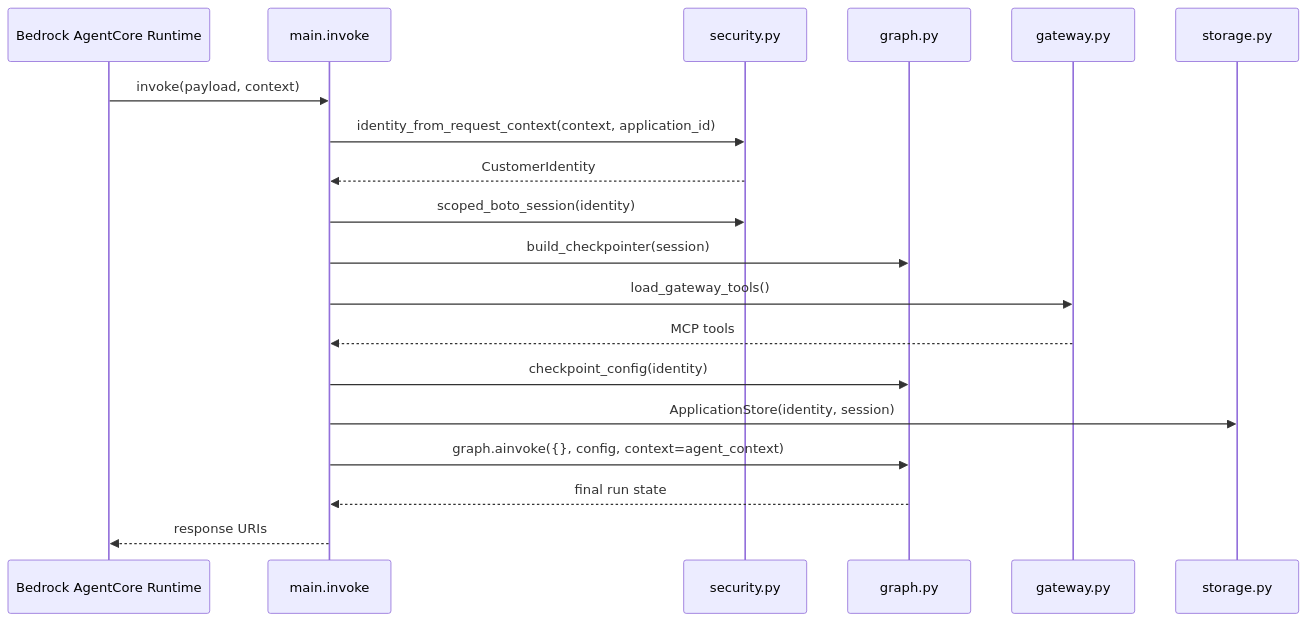
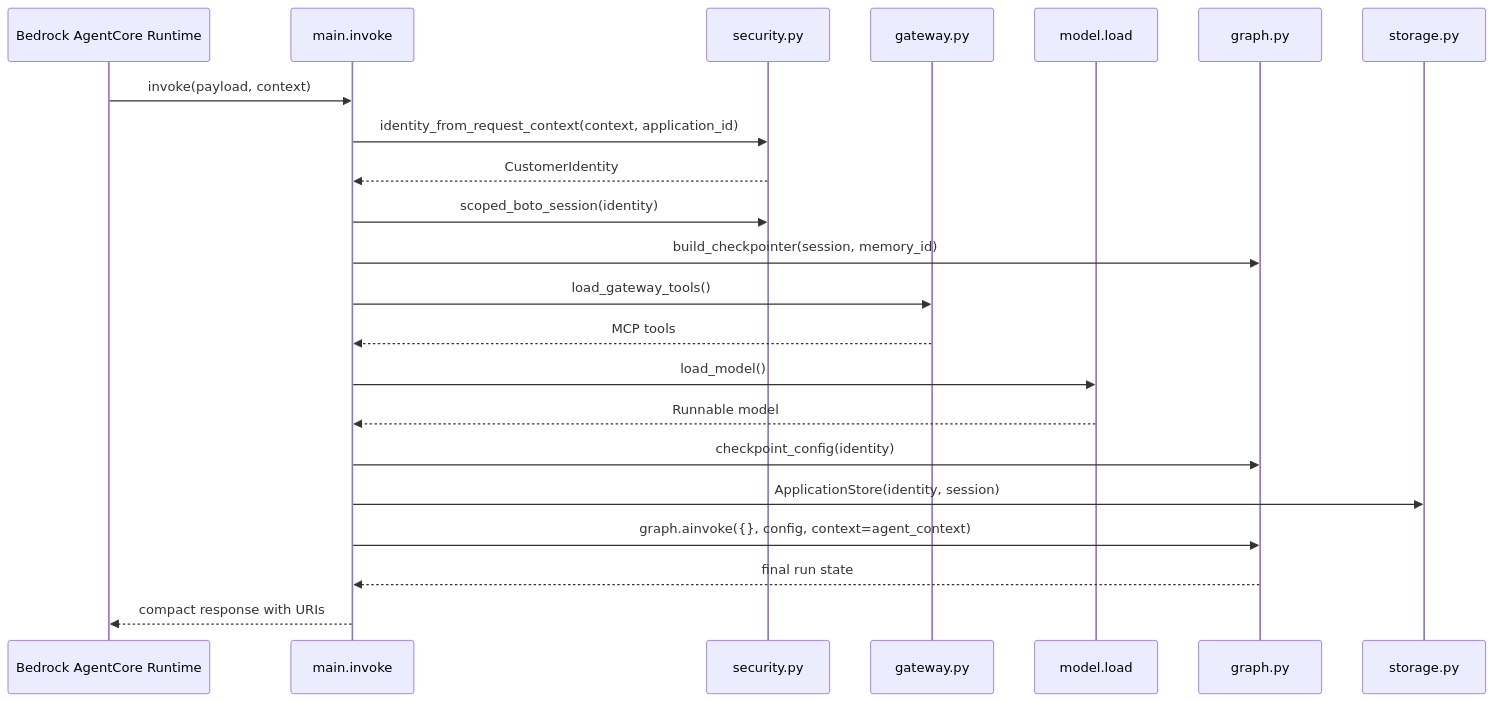
One commit to stevejgoodman/fionaa-aws changed the first of 2 diagrams in openwiki/integrations/agentcore-runtime-and-gateway.md. Above: the diagram before and after it, drawn with Mermaid. The commit also changed other lines of this file and 37 other files, not shown here.

Commit message:
Add PASF/PADE readiness-triage assessment, architecture docs, and refreshed OpenWiki

````diff
--- a/openwiki/integrations/agentcore-runtime-and-gateway.md
+++ b/openwiki/integrations/agentcore-runtime-and-gateway.md
@@ -50,22 +50,25 @@
 ```mermaid
 sequenceDiagram
     participant Runtime as Bedrock AgentCore Runtime
     participant Main as main.invoke
     participant Security as security.py
+    participant Gateway as gateway.py
+    participant Model as model.load
     participant Graph as graph.py
-    participant Gateway as gateway.py
     participant Store as storage.py
 
     Runtime->>Main: invoke(payload, context)
     Main->>Security: identity_from_request_context(context, application_id)
     Security-->>Main: CustomerIdentity
     Main->>Security: scoped_boto_session(identity)
-    Main->>Graph: build_checkpointer(session)
+    Main->>Graph: build_checkpointer(session, memory_id)
     Main->>Gateway: load_gateway_tools()
     Gateway-->>Main: MCP tools
+    Main->>Model: load_model()
+    Model-->>Main: Runnable model
     Main->>Graph: checkpoint_config(identity)
     Main->>Store: ApplicationStore(identity, session)
     Main->>Graph: graph.ainvoke({}, config, context=agent_context)
     Graph-->>Main: final run state
-    Main-->>Runtime: response URIs
+    Main-->>Runtime: compact response with URIs
 ```
````
